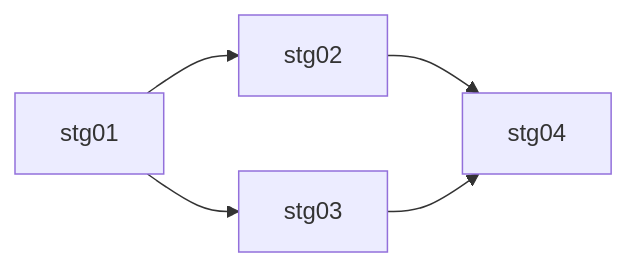
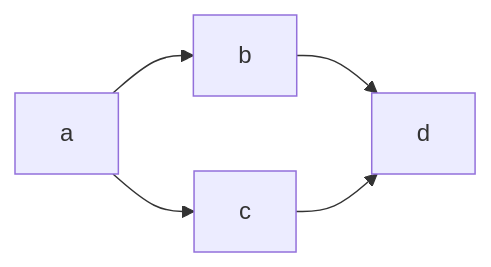
One commit to whiteua/planforge-toolkit changed the diagram in skills/plan-splitter/assets/roadmap-template.en.md. Above: the diagram before and after it, drawn with Mermaid. The commit also changed other lines of this file and 91 other files, not shown here.

````diff
--- a/skills/plan-splitter/assets/roadmap-template.en.md
+++ b/skills/plan-splitter/assets/roadmap-template.en.md
@@ -28,7 +28,7 @@
 ```mermaid
 graph LR
-    stg01 --> stg02
-    stg01 --> stg03
-    stg02 --> stg04
-    stg03 --> stg04
+    a --> b
+    a --> c
+    b --> d
+    c --> d
 ```
````
